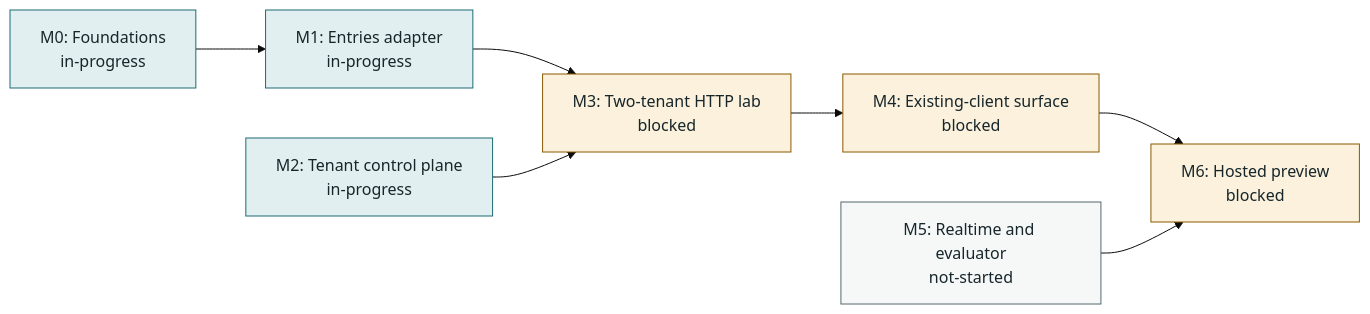
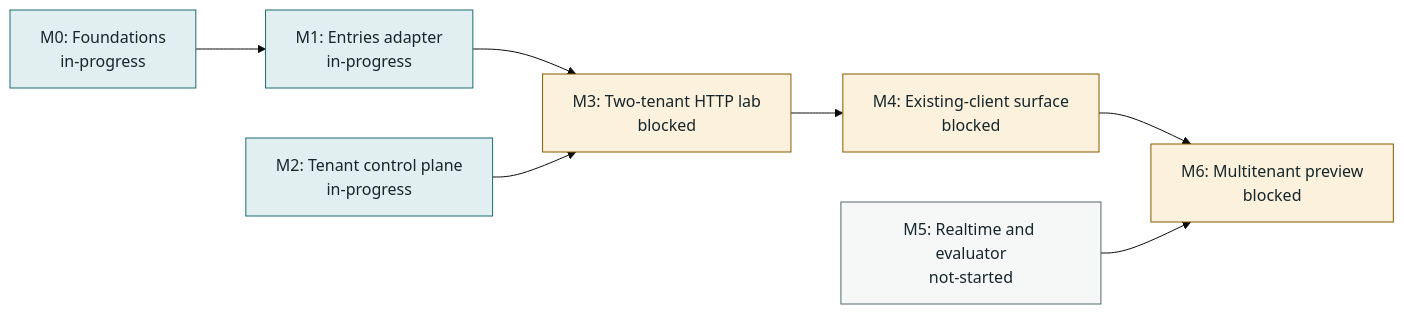
One commit to bewest/rag-nightscout-ecosystem-alignment changed the first of 2 diagrams in docs/30-design/tenancy/multitenant-delivery-dashboard.md. Above: the diagram before and after it, drawn with Mermaid (base theme). The commit also changed other lines of this file and 7 other files, not shown here.

````diff
--- a/docs/30-design/tenancy/multitenant-delivery-dashboard.md
+++ b/docs/30-design/tenancy/multitenant-delivery-dashboard.md
@@ -19,26 +19,26 @@
 ```mermaid
 flowchart LR
   M0["M0: Foundations<br/>in-progress"]
   M1["M1: Entries adapter<br/>in-progress"]
   M2["M2: Tenant control plane<br/>in-progress"]
   M3["M3: Two-tenant HTTP lab<br/>blocked"]
   M4["M4: Existing-client surface<br/>blocked"]
   M5["M5: Realtime and evaluator<br/>not-started"]
-  M6["M6: Hosted preview<br/>blocked"]
+  M6["M6: Multitenant preview<br/>blocked"]
   M0 --> M1
   M1 --> M3
   M2 --> M3
   M3 --> M4
   M4 --> M6
   M5 --> M6
   classDef active fill:#e2eff0,stroke:#1d6b73,color:#17262a
   classDef waiting fill:#fbf1dc,stroke:#8a5a00,color:#17262a
   classDef planned fill:#f6f8f8,stroke:#55686d,color:#17262a
   class M0 active
   class M1 active
   class M2 active
   class M3 waiting
   class M4 waiting
   class M5 planned
   class M6 waiting
 ```
````
